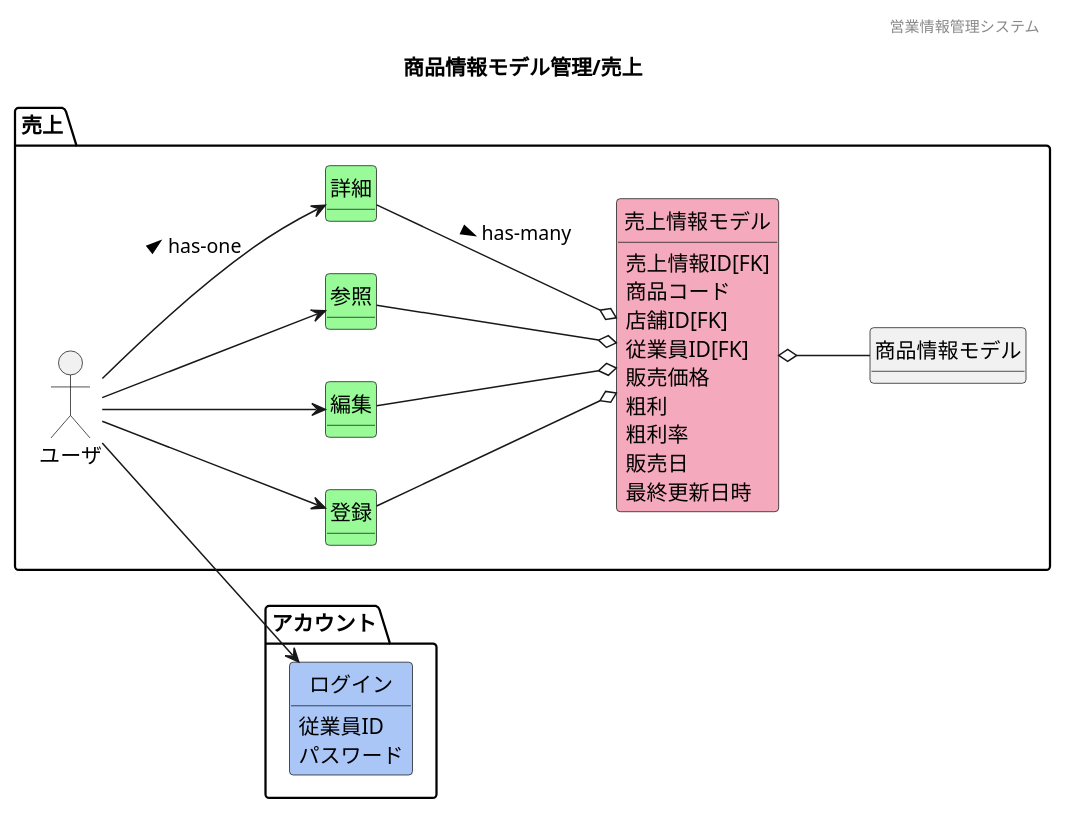
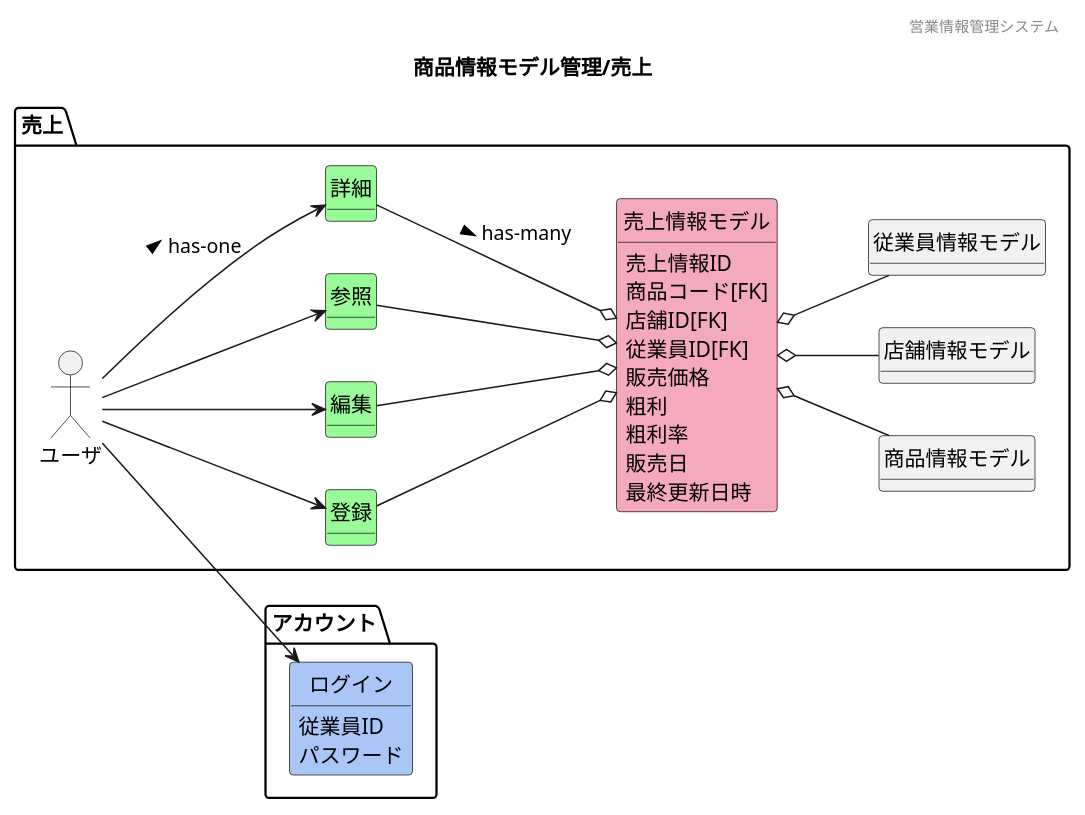
The diagram in 各種設計書/1ドメインモデル図/商品情報管理/F11売上.plantuml (HaruShim/Sotuken), drawn with PlantUML before and after one commit. The commit also changed 11 other files, not shown here.

```diff
--- a/各種設計書/1ドメインモデル図/商品情報管理/F11売上.plantuml
+++ b/各種設計書/1ドメインモデル図/商品情報管理/F11売上.plantuml
@@ -1,68 +1,64 @@
 @startuml ../images/商品情報モデル管理/売上
 ' ヘッダー
 header 営業情報管理システム
 ' タイトル
 title 商品情報モデル管理/売上
 ' 
 hide circle
 ' 
 hide method
 left to right direction
 
 package "アカウント"{
     class "ログイン" #A9C6F6
 
 }
 
 package "売上" {
     'ユーザや外部システム
     mix_actor "ユーザ"
     class "登録" #98fb98
     class "編集" #98fb98
     class "参照" #98fb98
     class "詳細" #98fb98
     class "売上情報モデル" #F5A9BC
     class "商品情報モデル"
+    class "店舗情報モデル"
+    class "従業員情報モデル"
 }
     ' package "マスタ管理"{
     ' }
     ' class "" #F5A9BC
     ' class "" #ffd700
 
     'モデル同士の関係
     ユーザ --> 参照
     ユーザ --> 登録
     ユーザ --> 編集
     ユーザ --> 詳細 : > has-one
     ユーザ --> ログイン
     参照 --o 売上情報モデル
     登録 --o 売上情報モデル
     編集 --o 売上情報モデル
     詳細 --o 売上情報モデル : > has-many
     売上情報モデル o-- 商品情報モデル
-    ' 売上情報モデル o-- マスタ管理
+    売上情報モデル o-- 店舗情報モデル
+    売上情報モデル o-- 従業員情報モデル
 
     'ドメインクラスの属性
-    ' 商品情報モデル : 型番
-    ' 商品情報モデル : 商品コード
-    ' 商品情報モデル : JANコード
-    ' 商品情報モデル : 商品画像
-    ' 商品情報モデル : 在庫場所
-    ' 商品情報モデル : カテゴリ
-    ' 商品情報モデル : 仕入価格
-    売上情報モデル : 売上情報ID[FK]
-    売上情報モデル : 商品コード
+    売上情報モデル : 売上情報ID
+    売上情報モデル : 商品コード[FK]
     売上情報モデル : 店舗ID[FK]
     売上情報モデル : 従業員ID[FK]
     売上情報モデル : 販売価格
     売上情報モデル : 粗利
     売上情報モデル : 粗利率
     売上情報モデル : 販売日
     売上情報モデル : 最終更新日時
     ログイン : 従業員ID
     ログイン : パスワード
 
 
 
 
 @enduml
```
